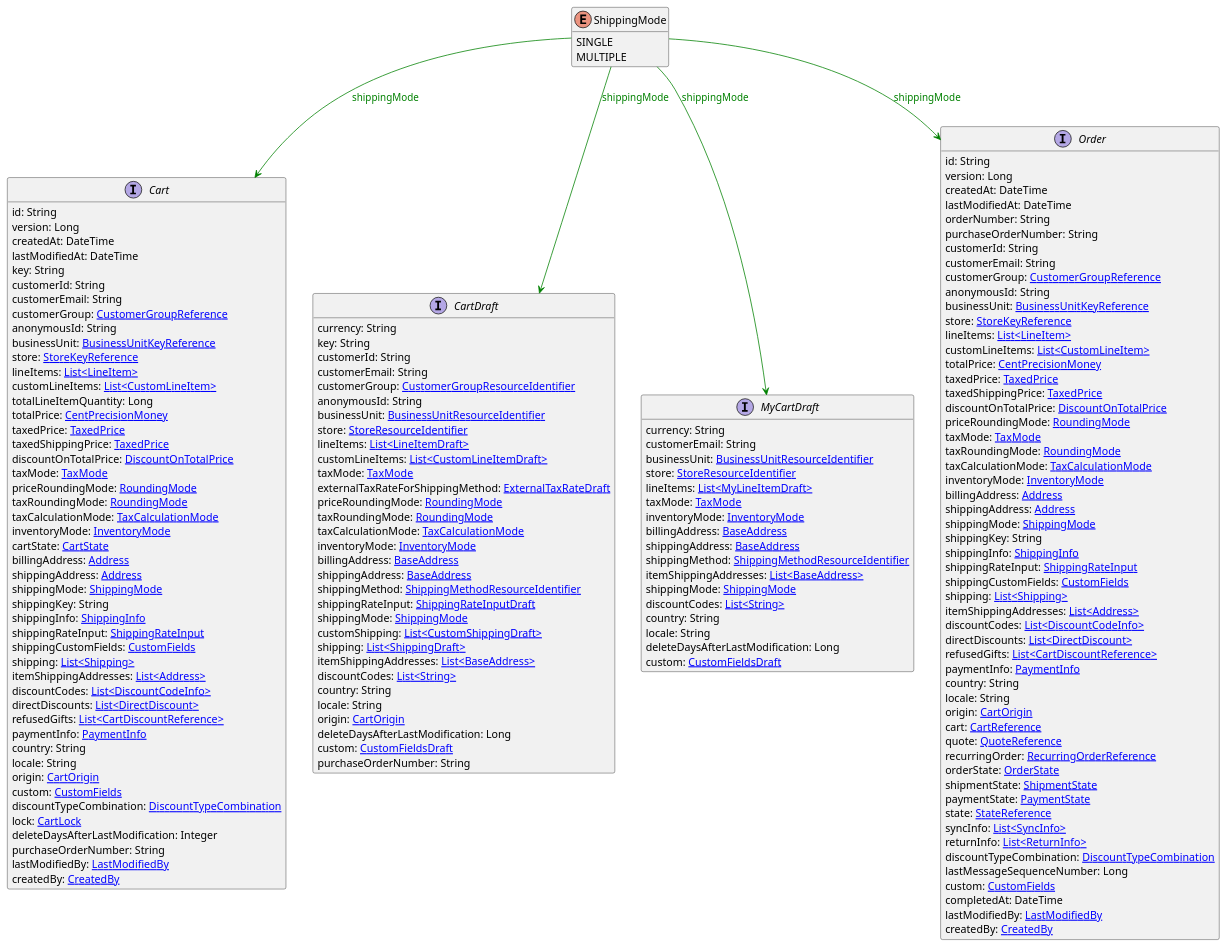
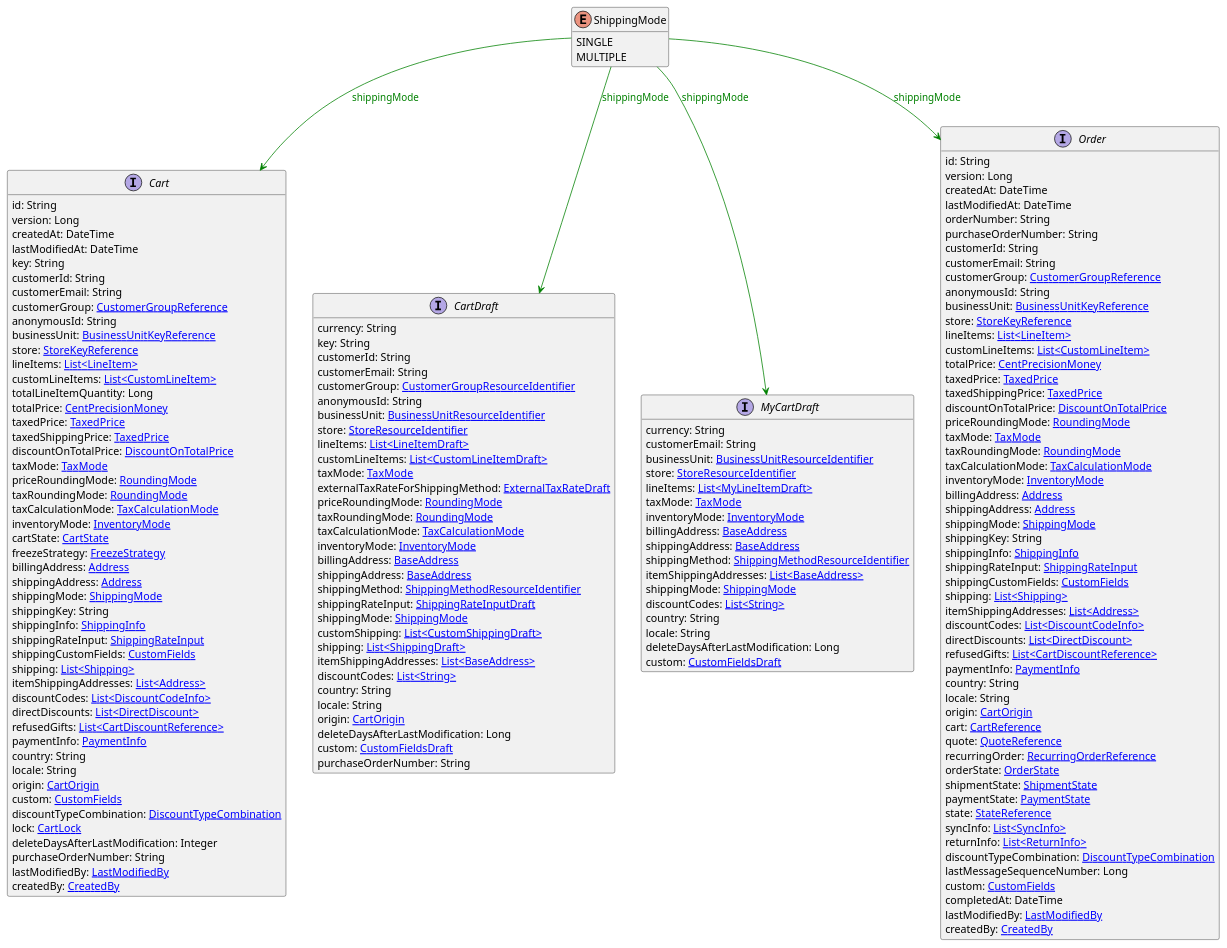
Before and after one commit to commercetools/commercetools-api-reference: the diagram in uml/api/ShippingMode.puml, drawn with PlantUML. The commit also changed 68 other files, not shown here.

```diff
--- a/uml/api/ShippingMode.puml
+++ b/uml/api/ShippingMode.puml
@@ -1,169 +1,170 @@
 @startuml
 
 hide methods
 enum ShippingMode {
     SINGLE
     MULTIPLE
 }
 interface Cart [[Cart.svg]]  {
     id: String
     version: Long
     createdAt: DateTime
     lastModifiedAt: DateTime
     key: String
     customerId: String
     customerEmail: String
     customerGroup: [[CustomerGroupReference.svg CustomerGroupReference]]
     anonymousId: String
     businessUnit: [[BusinessUnitKeyReference.svg BusinessUnitKeyReference]]
     store: [[StoreKeyReference.svg StoreKeyReference]]
     lineItems: [[LineItem.svg List<LineItem>]]
     customLineItems: [[CustomLineItem.svg List<CustomLineItem>]]
     totalLineItemQuantity: Long
     totalPrice: [[CentPrecisionMoney.svg CentPrecisionMoney]]
     taxedPrice: [[TaxedPrice.svg TaxedPrice]]
     taxedShippingPrice: [[TaxedPrice.svg TaxedPrice]]
     discountOnTotalPrice: [[DiscountOnTotalPrice.svg DiscountOnTotalPrice]]
     taxMode: [[TaxMode.svg TaxMode]]
     priceRoundingMode: [[RoundingMode.svg RoundingMode]]
     taxRoundingMode: [[RoundingMode.svg RoundingMode]]
     taxCalculationMode: [[TaxCalculationMode.svg TaxCalculationMode]]
     inventoryMode: [[InventoryMode.svg InventoryMode]]
     cartState: [[CartState.svg CartState]]
+    freezeStrategy: [[FreezeStrategy.svg FreezeStrategy]]
     billingAddress: [[Address.svg Address]]
     shippingAddress: [[Address.svg Address]]
     shippingMode: [[ShippingMode.svg ShippingMode]]
     shippingKey: String
     shippingInfo: [[ShippingInfo.svg ShippingInfo]]
     shippingRateInput: [[ShippingRateInput.svg ShippingRateInput]]
     shippingCustomFields: [[CustomFields.svg CustomFields]]
     shipping: [[Shipping.svg List<Shipping>]]
     itemShippingAddresses: [[Address.svg List<Address>]]
     discountCodes: [[DiscountCodeInfo.svg List<DiscountCodeInfo>]]
     directDiscounts: [[DirectDiscount.svg List<DirectDiscount>]]
     refusedGifts: [[CartDiscountReference.svg List<CartDiscountReference>]]
     paymentInfo: [[PaymentInfo.svg PaymentInfo]]
     country: String
     locale: String
     origin: [[CartOrigin.svg CartOrigin]]
     custom: [[CustomFields.svg CustomFields]]
     discountTypeCombination: [[DiscountTypeCombination.svg DiscountTypeCombination]]
     lock: [[CartLock.svg CartLock]]
     deleteDaysAfterLastModification: Integer
     purchaseOrderNumber: String
     lastModifiedBy: [[LastModifiedBy.svg LastModifiedBy]]
     createdBy: [[CreatedBy.svg CreatedBy]]
 }
 interface CartDraft [[CartDraft.svg]]  {
     currency: String
     key: String
     customerId: String
     customerEmail: String
     customerGroup: [[CustomerGroupResourceIdentifier.svg CustomerGroupResourceIdentifier]]
     anonymousId: String
     businessUnit: [[BusinessUnitResourceIdentifier.svg BusinessUnitResourceIdentifier]]
     store: [[StoreResourceIdentifier.svg StoreResourceIdentifier]]
     lineItems: [[LineItemDraft.svg List<LineItemDraft>]]
     customLineItems: [[CustomLineItemDraft.svg List<CustomLineItemDraft>]]
     taxMode: [[TaxMode.svg TaxMode]]
     externalTaxRateForShippingMethod: [[ExternalTaxRateDraft.svg ExternalTaxRateDraft]]
     priceRoundingMode: [[RoundingMode.svg RoundingMode]]
     taxRoundingMode: [[RoundingMode.svg RoundingMode]]
     taxCalculationMode: [[TaxCalculationMode.svg TaxCalculationMode]]
     inventoryMode: [[InventoryMode.svg InventoryMode]]
     billingAddress: [[BaseAddress.svg BaseAddress]]
     shippingAddress: [[BaseAddress.svg BaseAddress]]
     shippingMethod: [[ShippingMethodResourceIdentifier.svg ShippingMethodResourceIdentifier]]
     shippingRateInput: [[ShippingRateInputDraft.svg ShippingRateInputDraft]]
     shippingMode: [[ShippingMode.svg ShippingMode]]
     customShipping: [[CustomShippingDraft.svg List<CustomShippingDraft>]]
     shipping: [[ShippingDraft.svg List<ShippingDraft>]]
     itemShippingAddresses: [[BaseAddress.svg List<BaseAddress>]]
     discountCodes: [[String.svg List<String>]]
     country: String
     locale: String
     origin: [[CartOrigin.svg CartOrigin]]
     deleteDaysAfterLastModification: Long
     custom: [[CustomFieldsDraft.svg CustomFieldsDraft]]
     purchaseOrderNumber: String
 }
 interface MyCartDraft [[MyCartDraft.svg]]  {
     currency: String
     customerEmail: String
     businessUnit: [[BusinessUnitResourceIdentifier.svg BusinessUnitResourceIdentifier]]
     store: [[StoreResourceIdentifier.svg StoreResourceIdentifier]]
     lineItems: [[MyLineItemDraft.svg List<MyLineItemDraft>]]
     taxMode: [[TaxMode.svg TaxMode]]
     inventoryMode: [[InventoryMode.svg InventoryMode]]
     billingAddress: [[BaseAddress.svg BaseAddress]]
     shippingAddress: [[BaseAddress.svg BaseAddress]]
     shippingMethod: [[ShippingMethodResourceIdentifier.svg ShippingMethodResourceIdentifier]]
     itemShippingAddresses: [[BaseAddress.svg List<BaseAddress>]]
     shippingMode: [[ShippingMode.svg ShippingMode]]
     discountCodes: [[String.svg List<String>]]
     country: String
     locale: String
     deleteDaysAfterLastModification: Long
     custom: [[CustomFieldsDraft.svg CustomFieldsDraft]]
 }
 interface Order [[Order.svg]]  {
     id: String
     version: Long
     createdAt: DateTime
     lastModifiedAt: DateTime
     orderNumber: String
     purchaseOrderNumber: String
     customerId: String
     customerEmail: String
     customerGroup: [[CustomerGroupReference.svg CustomerGroupReference]]
     anonymousId: String
     businessUnit: [[BusinessUnitKeyReference.svg BusinessUnitKeyReference]]
     store: [[StoreKeyReference.svg StoreKeyReference]]
     lineItems: [[LineItem.svg List<LineItem>]]
     customLineItems: [[CustomLineItem.svg List<CustomLineItem>]]
     totalPrice: [[CentPrecisionMoney.svg CentPrecisionMoney]]
     taxedPrice: [[TaxedPrice.svg TaxedPrice]]
     taxedShippingPrice: [[TaxedPrice.svg TaxedPrice]]
     discountOnTotalPrice: [[DiscountOnTotalPrice.svg DiscountOnTotalPrice]]
     priceRoundingMode: [[RoundingMode.svg RoundingMode]]
     taxMode: [[TaxMode.svg TaxMode]]
     taxRoundingMode: [[RoundingMode.svg RoundingMode]]
     taxCalculationMode: [[TaxCalculationMode.svg TaxCalculationMode]]
     inventoryMode: [[InventoryMode.svg InventoryMode]]
     billingAddress: [[Address.svg Address]]
     shippingAddress: [[Address.svg Address]]
     shippingMode: [[ShippingMode.svg ShippingMode]]
     shippingKey: String
     shippingInfo: [[ShippingInfo.svg ShippingInfo]]
     shippingRateInput: [[ShippingRateInput.svg ShippingRateInput]]
     shippingCustomFields: [[CustomFields.svg CustomFields]]
     shipping: [[Shipping.svg List<Shipping>]]
     itemShippingAddresses: [[Address.svg List<Address>]]
     discountCodes: [[DiscountCodeInfo.svg List<DiscountCodeInfo>]]
     directDiscounts: [[DirectDiscount.svg List<DirectDiscount>]]
     refusedGifts: [[CartDiscountReference.svg List<CartDiscountReference>]]
     paymentInfo: [[PaymentInfo.svg PaymentInfo]]
     country: String
     locale: String
     origin: [[CartOrigin.svg CartOrigin]]
     cart: [[CartReference.svg CartReference]]
     quote: [[QuoteReference.svg QuoteReference]]
     recurringOrder: [[RecurringOrderReference.svg RecurringOrderReference]]
     orderState: [[OrderState.svg OrderState]]
     shipmentState: [[ShipmentState.svg ShipmentState]]
     paymentState: [[PaymentState.svg PaymentState]]
     state: [[StateReference.svg StateReference]]
     syncInfo: [[SyncInfo.svg List<SyncInfo>]]
     returnInfo: [[ReturnInfo.svg List<ReturnInfo>]]
     discountTypeCombination: [[DiscountTypeCombination.svg DiscountTypeCombination]]
     lastMessageSequenceNumber: Long
     custom: [[CustomFields.svg CustomFields]]
     completedAt: DateTime
     lastModifiedBy: [[LastModifiedBy.svg LastModifiedBy]]
     createdBy: [[CreatedBy.svg CreatedBy]]
 }
 ShippingMode --> Cart #green;text:green : "shippingMode"
 ShippingMode --> CartDraft #green;text:green : "shippingMode"
 ShippingMode --> MyCartDraft #green;text:green : "shippingMode"
 ShippingMode --> Order #green;text:green : "shippingMode"
 @enduml
```
